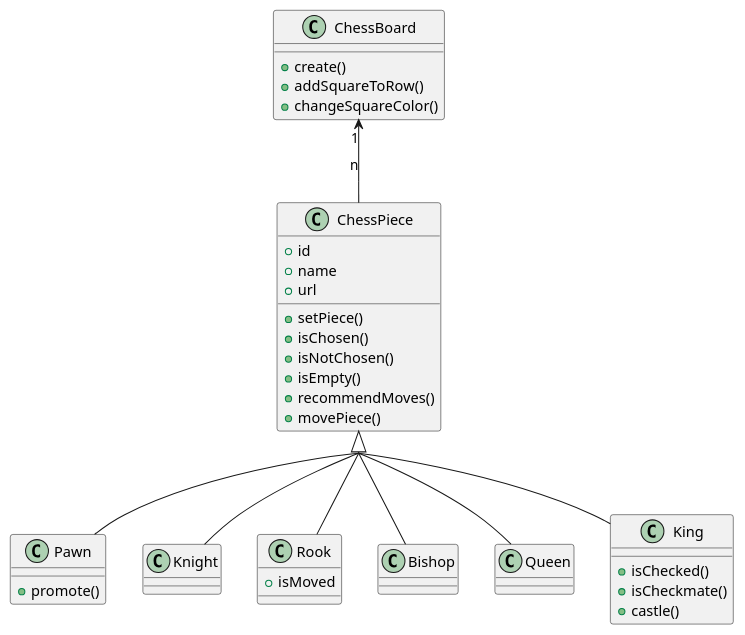
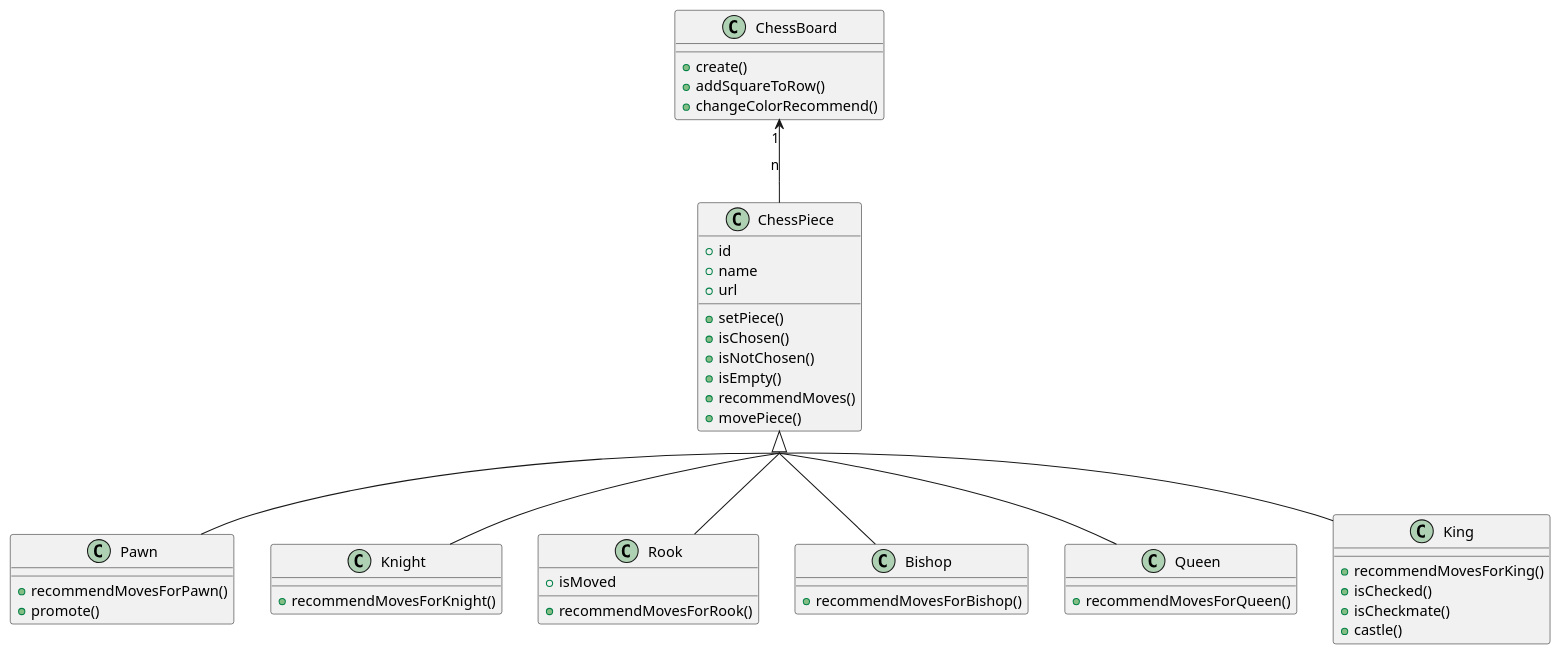
One commit to hoanglt1223/SET2021 changed the diagram in nhom_3/UML/ClassDiagram.plantuml. Above: the diagram before and after it, drawn with PlantUML. The commit also changed 11 other files, not shown here.

```diff
--- a/nhom_3/UML/ClassDiagram.plantuml
+++ b/nhom_3/UML/ClassDiagram.plantuml
@@ -1,45 +1,50 @@
 @startuml ChessBoard
 skinparam groupInheritance 2
 class ChessBoard {
     + create()
     + addSquareToRow()
-    + changeSquareColor()
+    + changeColorRecommend()
 }
 class ChessPiece {
     + id
     + name 
     + url 
     + setPiece() 
     + isChosen() 
     + isNotChosen()
     + isEmpty()
     + recommendMoves() 
     + movePiece()
 }
 class Pawn {
+    + recommendMovesForPawn()
     + promote()
 }
 class Knight {
-    
+    + recommendMovesForKnight()
 }
 class Rook {
     + isMoved
+    + recommendMovesForRook()
 }
 class Bishop {
+    + recommendMovesForBishop()
 }
 class Queen {
+    + recommendMovesForQueen()
 }
 class King {
+    + recommendMovesForKing()
     + isChecked()
     + isCheckmate()
     + castle()
 }
 
 ChessBoard "1" <-- "n" ChessPiece
 ChessPiece <|-- Pawn 
 ChessPiece <|-- Rook 
 ChessPiece <|-- Knight 
 ChessPiece <|-- Bishop 
 ChessPiece <|-- Queen  
 ChessPiece <|-- King 
 @enduml
```
